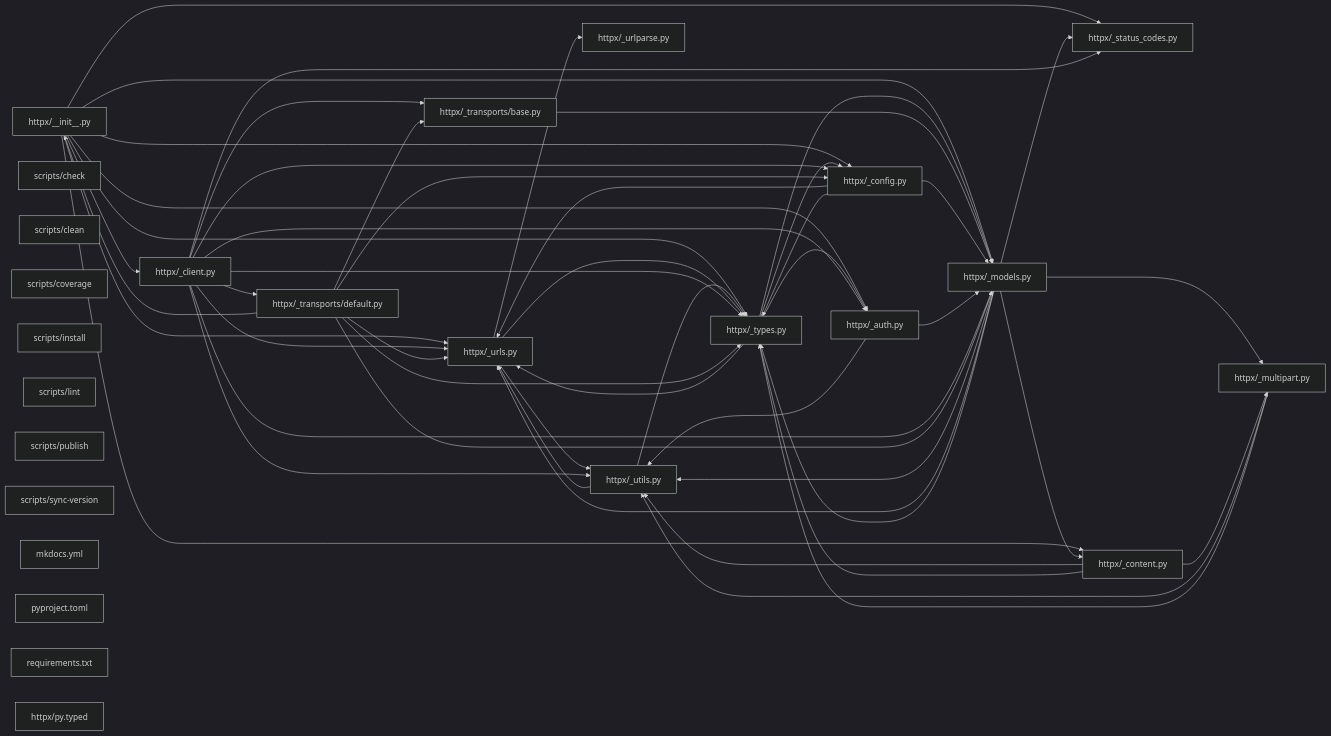
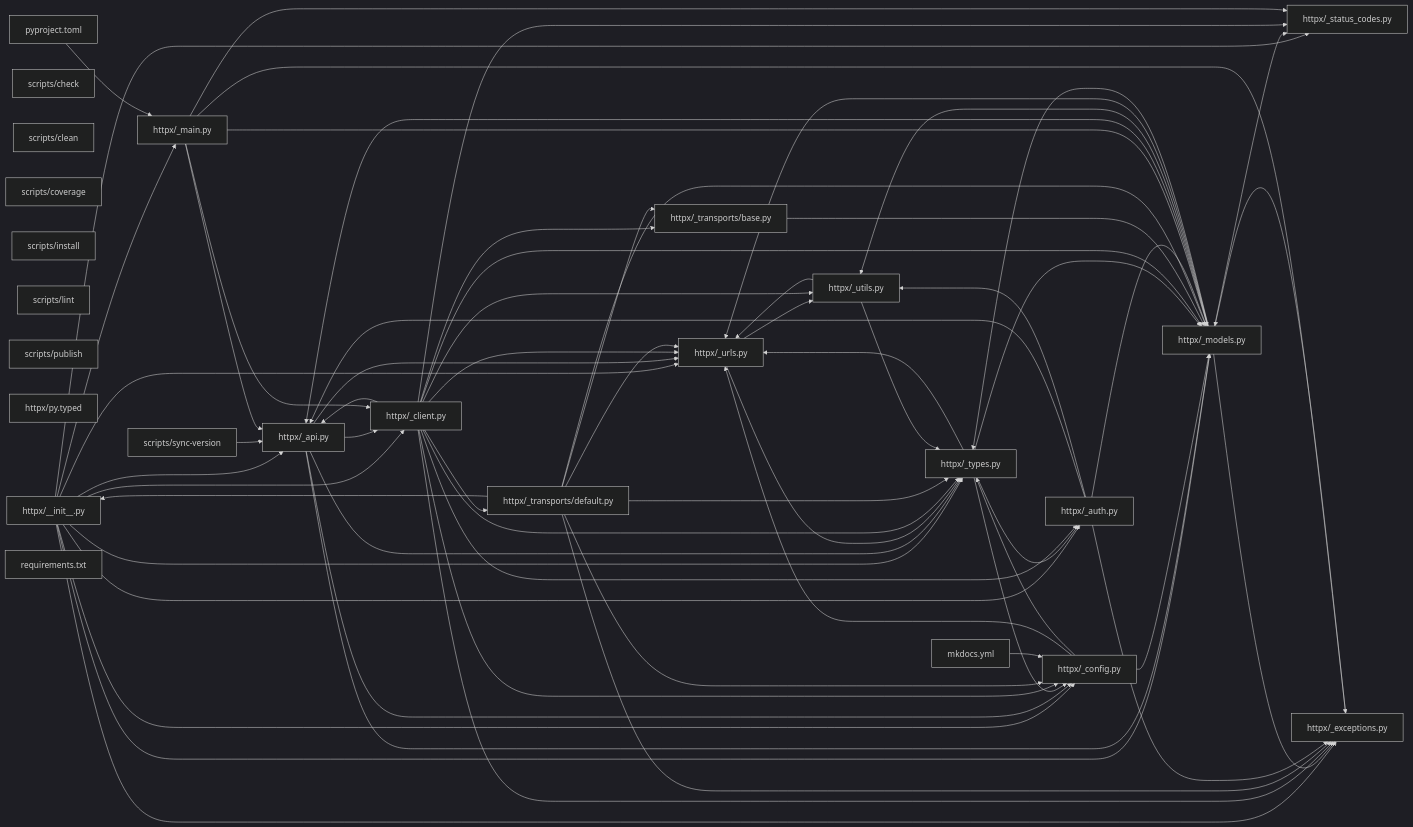
Before and after one commit to hey-granth/codectx-benchmarking: the diagram in benchmark_results/contexts/httpx_CONTEXT.md, drawn with Mermaid (dark theme). The commit also changed other lines of this file and 9 other files, not shown here.

````diff
--- a/benchmark_results/contexts/httpx_CONTEXT.md
+++ b/benchmark_results/contexts/httpx_CONTEXT.md
@@ -186,77 +484,92 @@
 ```mermaid
 graph LR
     f0["httpx/__init__.py"]
-    f1["httpx/_types.py"]
-    f2["httpx/_utils.py"]
-    f3["httpx/_urls.py"]
-    f4["scripts/check"]
-    f5["scripts/clean"]
-    f6["scripts/coverage"]
-    f7["scripts/install"]
-    f8["scripts/lint"]
-    f9["scripts/publish"]
-    f10["scripts/sync-version"]
-    f11["mkdocs.yml"]
-    f12["pyproject.toml"]
-    f13["requirements.txt"]
-    f14["httpx/py.typed"]
-    f15["httpx/_transports/base.py"]
-    f16["httpx/_models.py"]
-    f17["httpx/_config.py"]
-    f18["httpx/_urlparse.py"]
-    f19["httpx/_status_codes.py"]
-    f20["httpx/_auth.py"]
-    f21["httpx/_client.py"]
-    f22["httpx/_transports/default.py"]
-    f23["httpx/_content.py"]
-    f24["httpx/_multipart.py"]
+    f1["httpx/_api.py"]
+    f2["httpx/_models.py"]
+    f3["httpx/_exceptions.py"]
+    f4["httpx/_config.py"]
+    f5["httpx/_urls.py"]
+    f6["httpx/_types.py"]
+    f7["httpx/_client.py"]
+    f8["httpx/_transports/base.py"]
+    f9["httpx/_transports/default.py"]
+    f10["scripts/check"]
+    f11["scripts/clean"]
+    f12["scripts/coverage"]
+    f13["scripts/install"]
+    f14["scripts/lint"]
+    f15["scripts/publish"]
+    f16["scripts/sync-version"]
+    f17["httpx/_auth.py"]
+    f18["httpx/_utils.py"]
+    f19["httpx/py.typed"]
+    f20["mkdocs.yml"]
+    f21["pyproject.toml"]
+    f22["requirements.txt"]
+    f23["httpx/_status_codes.py"]
+    f24["httpx/_main.py"]
+    f0 --> f24
+    f0 --> f5
+    f0 --> f6
+    f0 --> f23
+    f0 --> f2
     f0 --> f3
+    f0 --> f4
+    f0 --> f7
+    f0 --> f17
     f0 --> f1
-    f0 --> f19
-    f0 --> f16
-    f0 --> f23
-    f0 --> f17
-    f0 --> f21
-    f0 --> f20
-    f1 --> f3
-    f1 --> f16
-    f1 --> f17
-    f1 --> f20
+    f1 --> f5
+    f1 --> f6
+    f1 --> f2
+    f1 --> f4
+    f1 --> f7
+    f2 --> f1
+    f2 --> f18
+    f2 --> f5
+    f2 --> f6
+    f2 --> f23
     f2 --> f3
-    f2 --> f1
     f3 --> f2
-    f3 --> f18
-    f3 --> f1
-    f15 --> f16
-    f16 --> f2
-    f16 --> f3
+    f4 --> f5
+    f4 --> f6
+    f4 --> f2
+    f5 --> f18
+    f5 --> f6
+    f6 --> f5
+    f6 --> f2
+    f6 --> f4
+    f6 --> f17
+    f7 --> f1
+    f7 --> f18
+    f7 --> f5
+    f7 --> f6
+    f7 --> f9
+    f7 --> f8
+    f7 --> f23
+    f7 --> f2
+    f7 --> f3
+    f7 --> f4
+    f7 --> f17
+    f8 --> f2
+    f9 --> f8
+    f9 --> f5
+    f9 --> f6
+    f9 --> f2
+    f9 --> f3
+    f9 --> f4
+    f9 --> f0
     f16 --> f1
-    f16 --> f19
-    f16 --> f24
-    f16 --> f23
+    f17 --> f1
+    f17 --> f18
+    f17 --> f2
     f17 --> f3
-    f17 --> f1
-    f17 --> f16
-    f20 --> f2
-    f20 --> f16
-    f21 --> f2
-    f21 --> f3
-    f21 --> f1
-    f21 --> f22
-    f21 --> f15
-    f21 --> f19
-    f21 --> f16
-    f21 --> f17
-    f21 --> f20
-    f22 --> f15
-    f22 --> f3
-    f22 --> f1
-    f22 --> f16
-    f22 --> f17
-    f22 --> f0
-    f23 --> f2
-    f23 --> f1
-    f23 --> f24
+    f18 --> f5
+    f18 --> f6
+    f20 --> f4
+    f21 --> f24
+    f24 --> f1
+    f24 --> f23
     f24 --> f2
-    f24 --> f1
+    f24 --> f3
+    f24 --> f7
 ```
````
